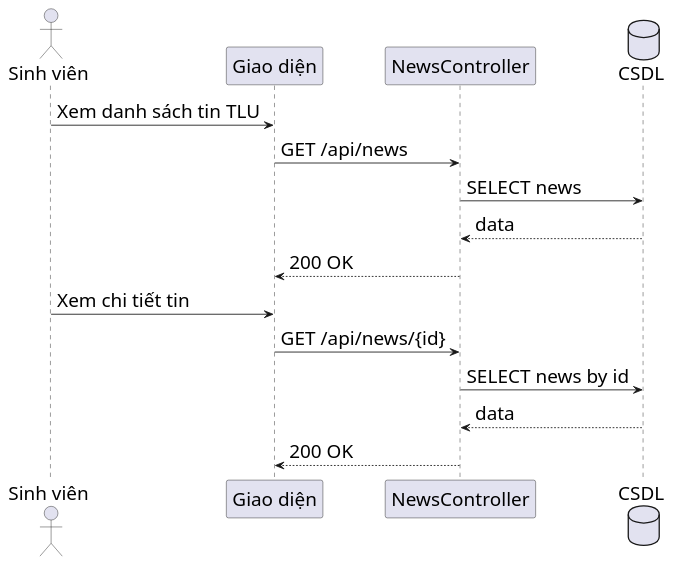
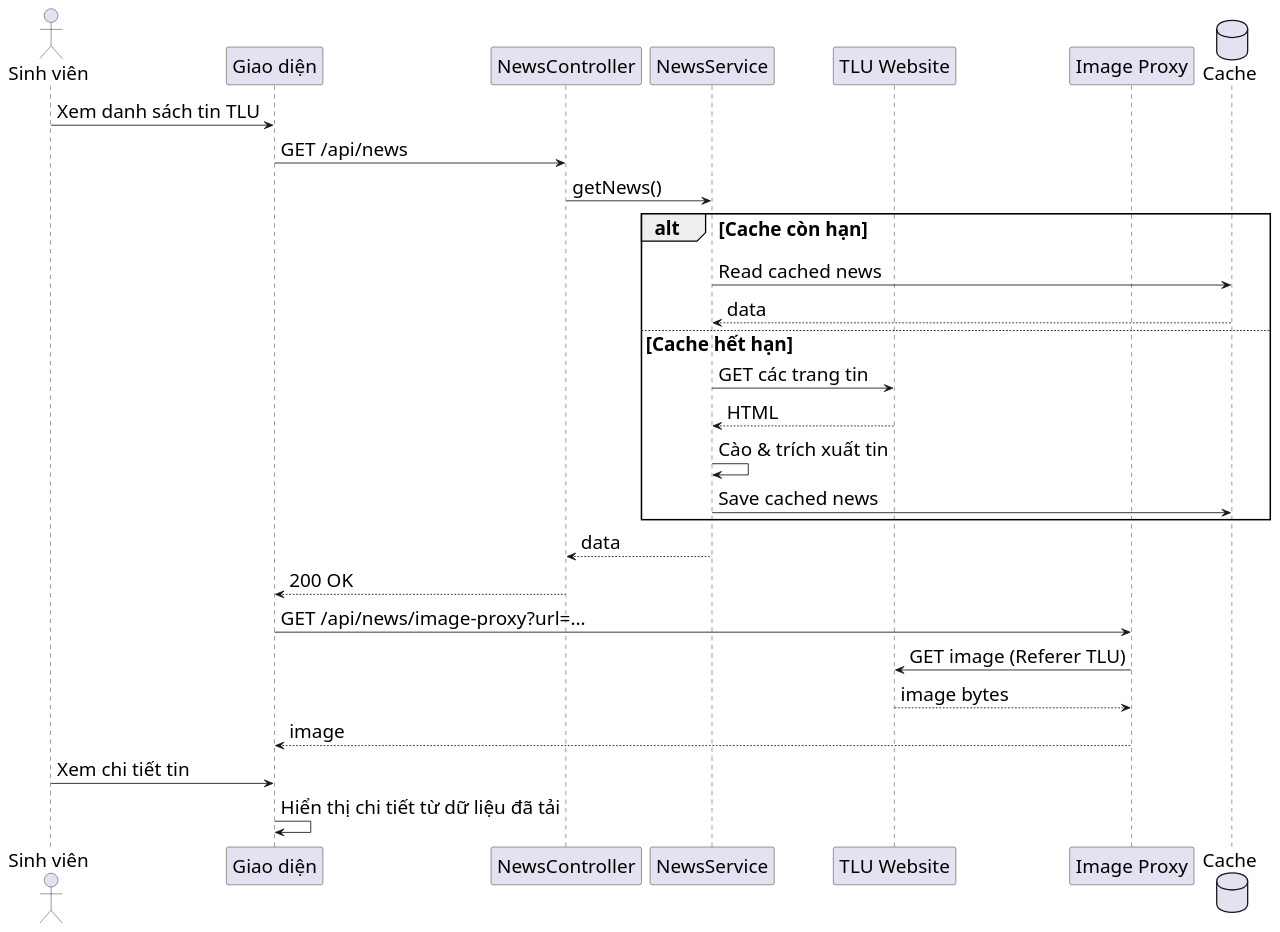
Before and after one commit to s0nbuildtech287/dormitory-frontend: the diagram in diagrams/nhomsinhvien/student_news_sequence.puml, drawn with PlantUML.

```diff
--- a/diagrams/nhomsinhvien/student_news_sequence.puml
+++ b/diagrams/nhomsinhvien/student_news_sequence.puml
@@ -1,21 +1,35 @@
 @startuml "Student News Sequence"
 skinparam defaultFontSize 22
 skinparam defaultFontName "Times New Roman"
 skinparam sequenceMessageSize 22
 actor "Sinh viên" as Student
 participant "Giao diện" as FE
 participant "NewsController" as NC
-database "CSDL" as DB
+participant "NewsService" as NS
+participant "TLU Website" as TLU
+participant "Image Proxy" as Proxy
+database "Cache" as Cache
 
 Student -> FE: Xem danh sách tin TLU
 FE -> NC: GET /api/news
-NC -> DB: SELECT news
-DB --> NC: data
+NC -> NS: getNews()
+alt Cache còn hạn
+	NS -> Cache: Read cached news
+	Cache --> NS: data
+else Cache hết hạn
+	NS -> TLU: GET các trang tin
+	TLU --> NS: HTML
+	NS -> NS: Cào & trích xuất tin
+	NS -> Cache: Save cached news
+end
+NS --> NC: data
 NC --> FE: 200 OK
 
+FE -> Proxy: GET /api/news/image-proxy?url=...
+Proxy -> TLU: GET image (Referer TLU)
+TLU --> Proxy: image bytes
+Proxy --> FE: image
+
 Student -> FE: Xem chi tiết tin
-FE -> NC: GET /api/news/{id}
-NC -> DB: SELECT news by id
-DB --> NC: data
-NC --> FE: 200 OK
+FE -> FE: Hiển thị chi tiết từ dữ liệu đã tải
 @enduml
```
